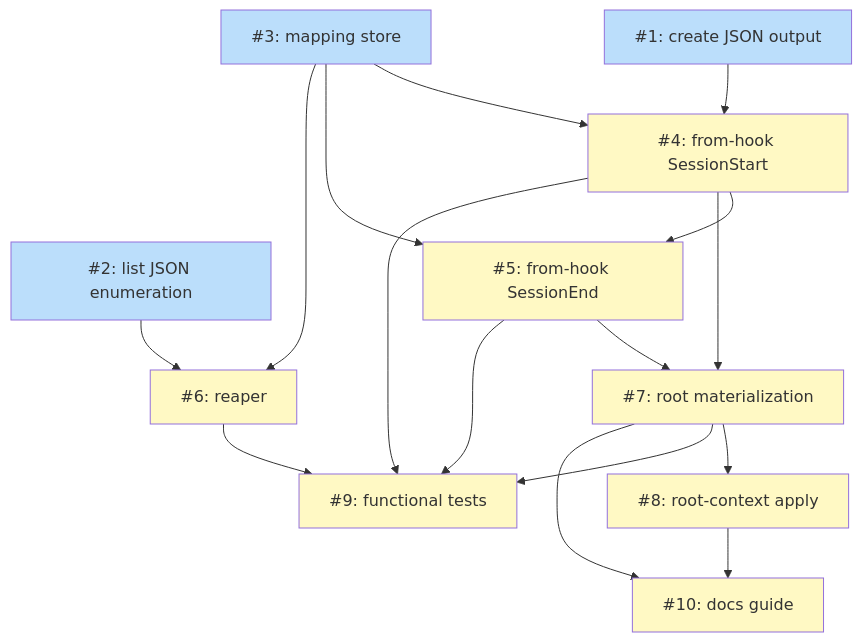
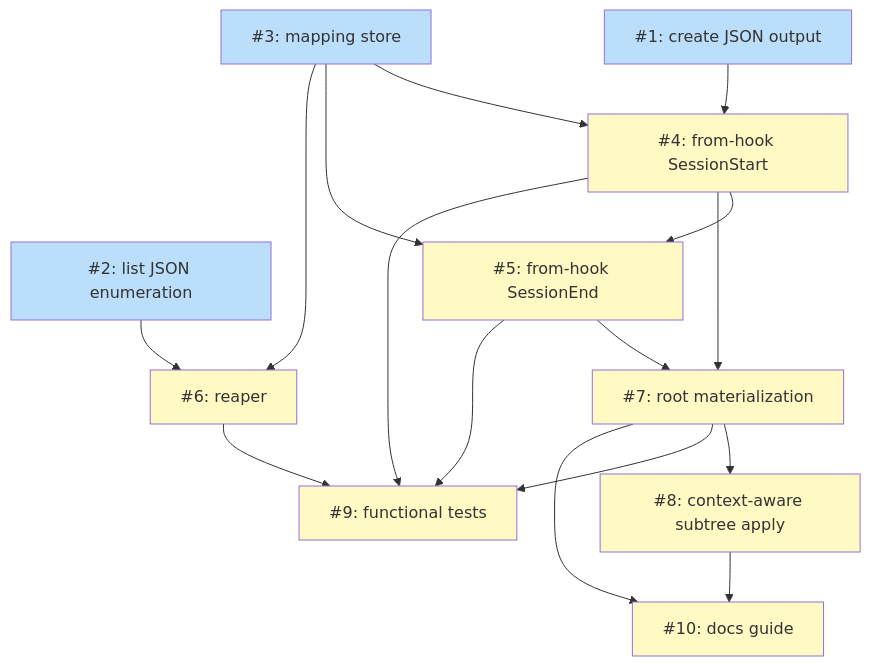
Before and after one commit to tsukumogami/niwa: the diagram in docs/plans/PLAN-ephemeral-session-instances.md, drawn with Mermaid. The commit also changed other lines of this file and 3 other files, not shown here.

First line of the commit message:
docs: context-aware subtree apply + workspace-root CLAUDE.md

````diff
--- a/docs/plans/PLAN-ephemeral-session-instances.md
+++ b/docs/plans/PLAN-ephemeral-session-instances.md
@@ -263,36 +273,36 @@
 ```mermaid
 graph TD
     I1["#1: create JSON output"]
     I2["#2: list JSON enumeration"]
     I3["#3: mapping store"]
     I4["#4: from-hook SessionStart"]
     I5["#5: from-hook SessionEnd"]
     I6["#6: reaper"]
     I7["#7: root materialization"]
-    I8["#8: root-context apply"]
+    I8["#8: context-aware subtree apply"]
     I9["#9: functional tests"]
     I10["#10: docs guide"]
 
     I1 --> I4
     I3 --> I4
     I3 --> I5
     I4 --> I5
     I2 --> I6
     I3 --> I6
     I4 --> I7
     I5 --> I7
     I7 --> I8
     I4 --> I9
     I5 --> I9
     I6 --> I9
     I7 --> I9
     I7 --> I10
     I8 --> I10
 
     classDef done fill:#c8e6c9
     classDef ready fill:#bbdefb
     classDef blocked fill:#fff9c4
 
     class I1,I2,I3 ready
     class I4,I5,I6,I7,I8,I9,I10 blocked
 ```
````
